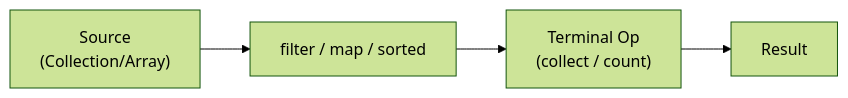
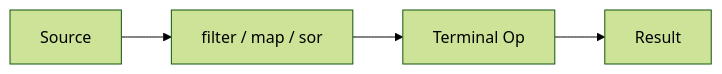
One commit to yjkim2015/yjkim2015.github.io changed the first of 4 diagrams in _posts/java/2026-05-01-java-stream.md. Above: the diagram before and after it, drawn with Mermaid (forest theme). The commit also changed other lines of this file and 245 other files, not shown here.

First line of the commit message:
Mermaid 다이어그램 전면 수정 + 면접 포인트 접기/펼치기 + DB 데드락 페이지

````diff
--- a/_posts/java/2026-05-01-java-stream.md
+++ b/_posts/java/2026-05-01-java-stream.md
@@ -22,6 +22,6 @@
 ```mermaid
 graph LR
-  A["Source<br/>(Collection/Array)"] --> B["filter / map / sorted"]
-  B --> C["Terminal Op<br/>(collect / count)"]
+  A["Source"] --> B["filter / map / sor"]
+  B --> C["Terminal Op"]
   C --> D["Result"]
 ```
````
